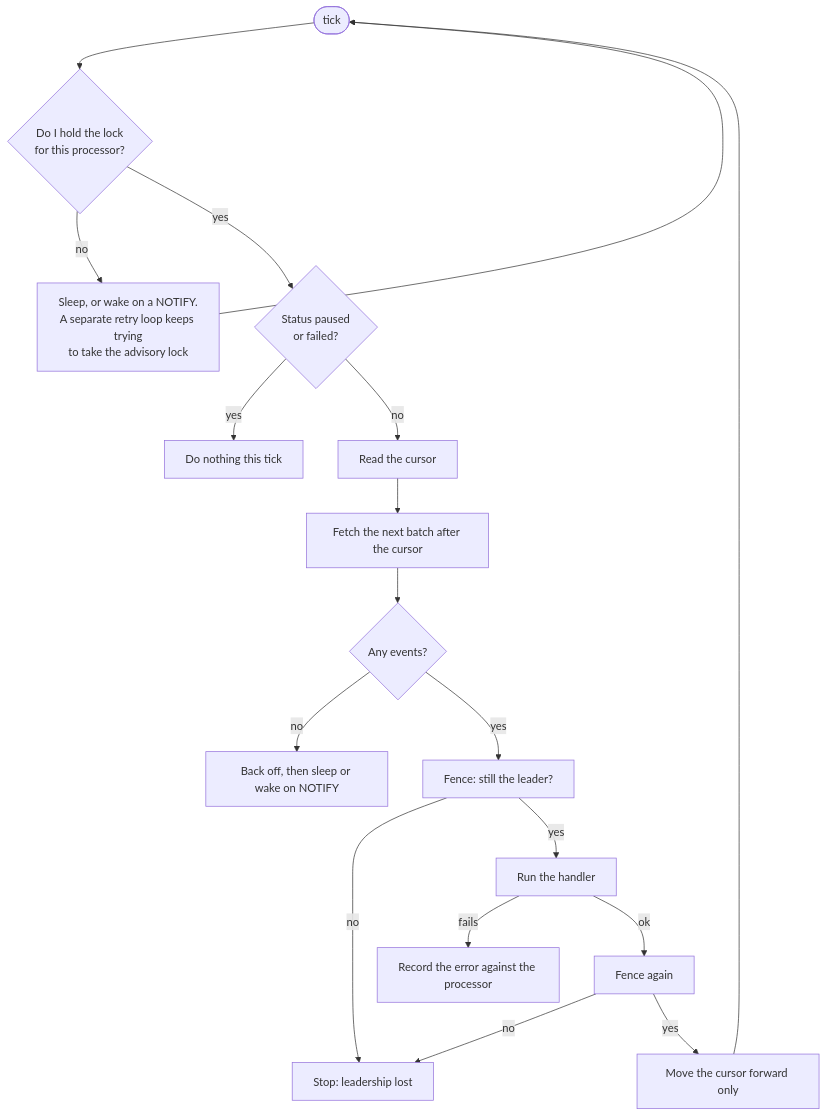
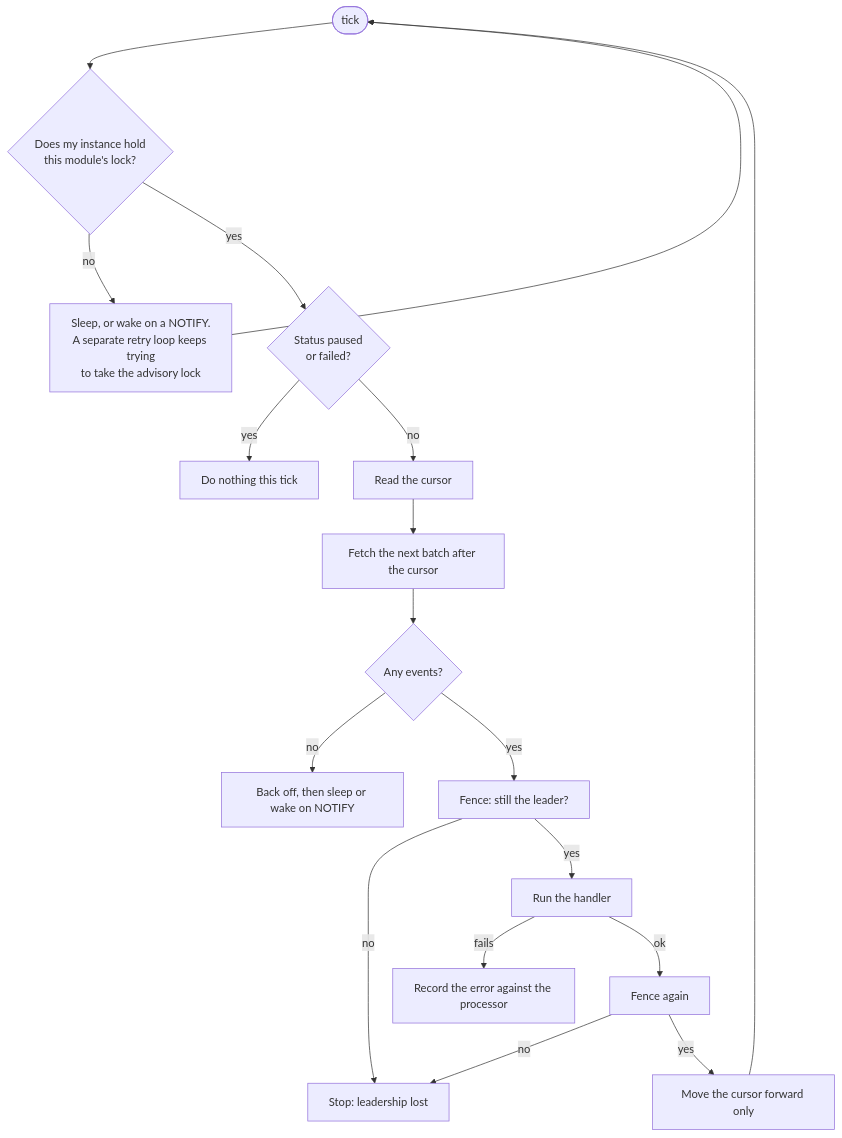
One commit to rodolfodpk/ts-effect-crablet changed the eighth of 10 diagrams in docs/architecture.md. Above: the diagram before and after it, drawn with Mermaid. The commit also changed other lines of this file and 16 other files, not shown here.

Commit message:
Crash test of the no-leader alert: leadership is per module (lock_key), not per processor; the dashboard and alert fixed and measured; diagrams of the per-module locks and of a failover; a label contract test

````diff
--- a/docs/architecture.md
+++ b/docs/architecture.md
@@ -207,20 +264,20 @@
 ```mermaid
 flowchart TD
-  start(["tick"]) --> lead{"Do I hold the lock<br/>for this processor?"}
+  start(["tick"]) --> lead{"Does my instance hold<br/>this module's lock?"}
   lead -- no --> wait["Sleep, or wake on a NOTIFY.<br/>A separate retry loop keeps trying<br/>to take the advisory lock"]
   wait --> start
   lead -- yes --> status{"Status paused<br/>or failed?"}
   status -- yes --> idle["Do nothing this tick"]
   status -- no --> cur["Read the cursor"]
   cur --> fetch["Fetch the next batch after the cursor"]
   fetch --> any{"Any events?"}
   any -- no --> backoff["Back off, then sleep or wake on NOTIFY"]
   any -- yes --> f1["Fence: still the leader?"]
   f1 -- no --> stop["Stop: leadership lost"]
   f1 -- yes --> handle["Run the handler"]
   handle -- fails --> err["Record the error against the processor"]
   handle -- ok --> f2["Fence again"]
   f2 -- no --> stop
   f2 -- yes --> move["Move the cursor forward only"]
   move --> start
 ```
````
